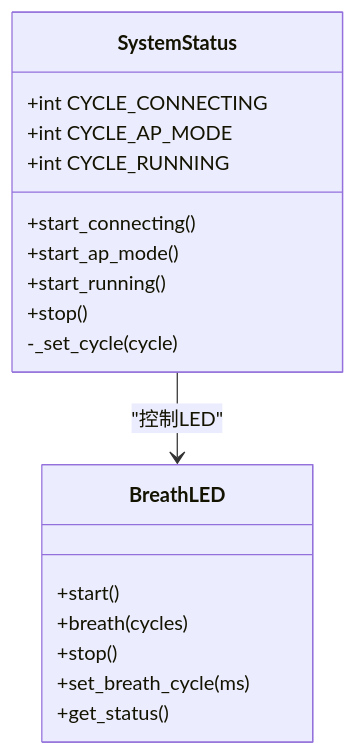
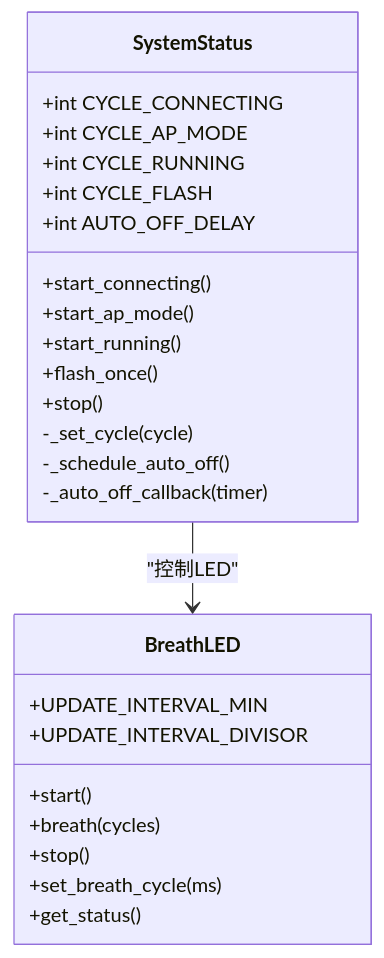
Before and after one commit to qq20739111/weilushishe-lishitai: the eighth of 11 diagrams in .qoder/repowiki/zh/content/系统架构/引导系统.md, drawn with Mermaid. The commit also changed other lines of this file and 23 other files, not shown here.

````diff
--- a/.qoder/repowiki/zh/content/系统架构/引导系统.md
+++ b/.qoder/repowiki/zh/content/系统架构/引导系统.md
@@ -260,21 +329,28 @@
 ```mermaid
 classDiagram
 class SystemStatus {
 +int CYCLE_CONNECTING
 +int CYCLE_AP_MODE
 +int CYCLE_RUNNING
++int CYCLE_FLASH
++int AUTO_OFF_DELAY
 +start_connecting()
 +start_ap_mode()
 +start_running()
++flash_once()
 +stop()
 -_set_cycle(cycle)
+-_schedule_auto_off()
+-_auto_off_callback(timer)
 }
 class BreathLED {
 +start()
 +breath(cycles)
 +stop()
 +set_breath_cycle(ms)
 +get_status()
++UPDATE_INTERVAL_MIN
++UPDATE_INTERVAL_DIVISOR
 }
 SystemStatus --> BreathLED : "控制LED"
 ```
````
